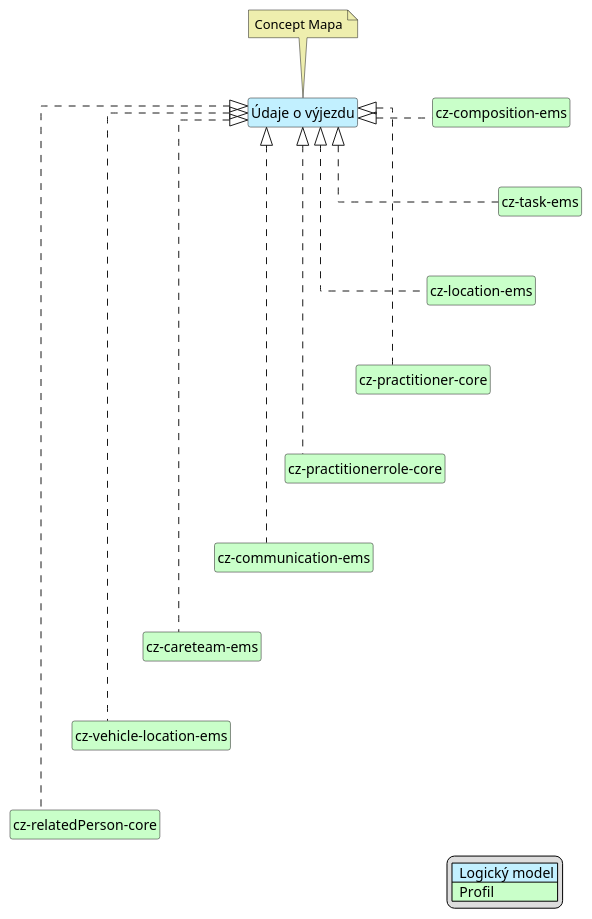
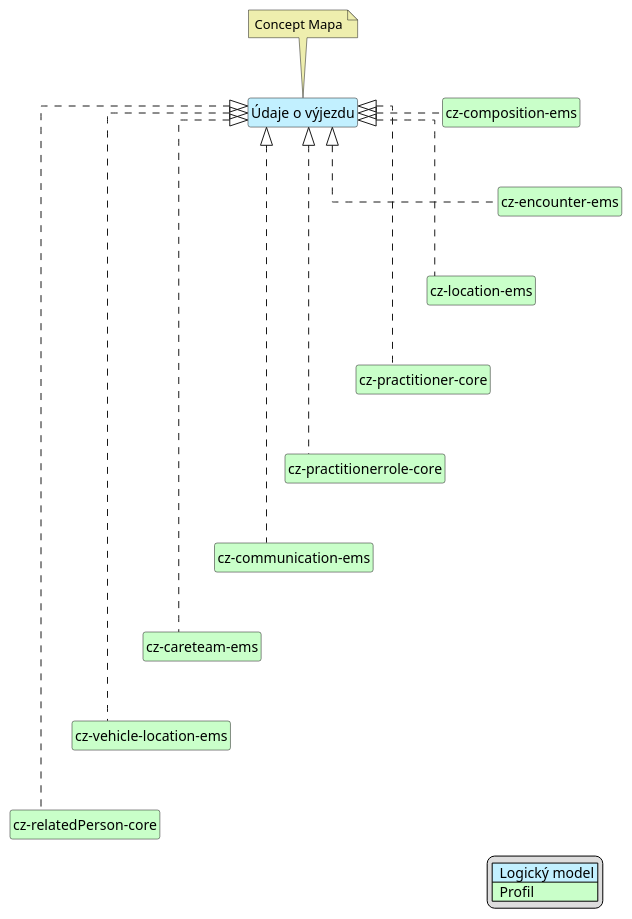
The diagram in input/images-source/emsDispatchData-map-cs.plantuml (HL7-cz/cz-ems), drawn with PlantUML before and after one commit. The commit also changed 3 other files, not shown here.

Commit message:
update maps plantuml

```diff
--- a/input/images-source/emsDispatchData-map-cs.plantuml
+++ b/input/images-source/emsDispatchData-map-cs.plantuml
@@ -1,50 +1,50 @@
 @startuml
 hide circle
 hide stereotype
 hide members
 hide methods
 skinparam linetype ortho
 skinparam class {
 BackgroundColor<<LogicalModel>> #APPLICATION
 BackgroundColor<<Profile>> #TECHNOLOGY
 }
 legend right
 | <#APPLICATION>  Logický model |
 | <#TECHNOLOGY>  Profil |
 endlegend
 
 class "Údaje o výjezdu" <<LogicalModel>> [[StructureDefinition-LogDispatchDataCz.html]]
 note top #EEEEAE [[ConceptMap-DispatchDataEMS2FHIR-cz.html]]
 Concept Mapa
 endnote
 
 class "cz-composition-ems" <<Profile>> [[StructureDefinition-cz-composition-ems.html]]
-class "cz-task-ems" <<Profile>> [[StructureDefinition-cz-task-ems.html]]
+class "cz-encounter-ems" <<Profile>> [[StructureDefinition-cz-encounter-ems.html]]
 class "cz-vehicle-location-ems" <<Profile>> [[StructureDefinition-cz-vehicle-location-ems.html]]
 class "cz-location-ems" <<Profile>> [[StructureDefinition-cz-location-ems.html]]
 class "cz-careteam-ems" <<Profile>> [[StructureDefinition-cz-careteam-ems.html]]
 class "cz-practitioner-core" <<Profile>> [[https://build.fhir.org/ig/HL7-cz/cz-core/StructureDefinition-cz-practitioner-core.html]]
 class "cz-practitionerrole-core" <<Profile>> [[https://build.fhir.org/ig/HL7-cz/cz-core/StructureDefinition-cz-practitionerrole-core.html]]
 class "cz-communication-ems" <<Profile>> [[StructureDefinition-cz-communication-ems.html]]
 class "cz-relatedPerson-core" <<Profile>> [[https://build.fhir.org/ig/HL7-cz/cz-core/StructureDefinition-cz-relatedPerson-core.html]]
 
 "Údaje o výjezdu" <|. "cz-composition-ems"
-"Údaje o výjezdu" <|. "cz-task-ems"
+"Údaje o výjezdu" <|. "cz-encounter-ems"
 "Údaje o výjezdu" <|. "cz-location-ems"
 "Údaje o výjezdu" <|. "cz-careteam-ems"
 "Údaje o výjezdu" <|. "cz-practitioner-core"
 "Údaje o výjezdu" <|. "cz-practitionerrole-core"
 "Údaje o výjezdu" <|. "cz-communication-ems"
 "Údaje o výjezdu" <|. "cz-vehicle-location-ems"
 "Údaje o výjezdu" <|. "cz-relatedPerson-core"
 
-"cz-composition-ems" -d[hidden]-> "cz-task-ems"
-"cz-task-ems" -d[hidden]-> "cz-location-ems"
+"cz-composition-ems" -d[hidden]-> "cz-encounter-ems"
+"cz-encounter-ems" -d[hidden]-> "cz-location-ems"
 "cz-location-ems" -d[hidden]-> "cz-practitioner-core"
 "cz-practitioner-core" -d[hidden]-> "cz-practitionerrole-core"
 "cz-practitionerrole-core" -d[hidden]-> "cz-communication-ems"
 "cz-communication-ems" -d[hidden]-> "cz-careteam-ems"
 "cz-careteam-ems" -d[hidden]-> "cz-vehicle-location-ems"
 "cz-vehicle-location-ems" -d[hidden]-> "cz-relatedPerson-core"
 
 @enduml
```
